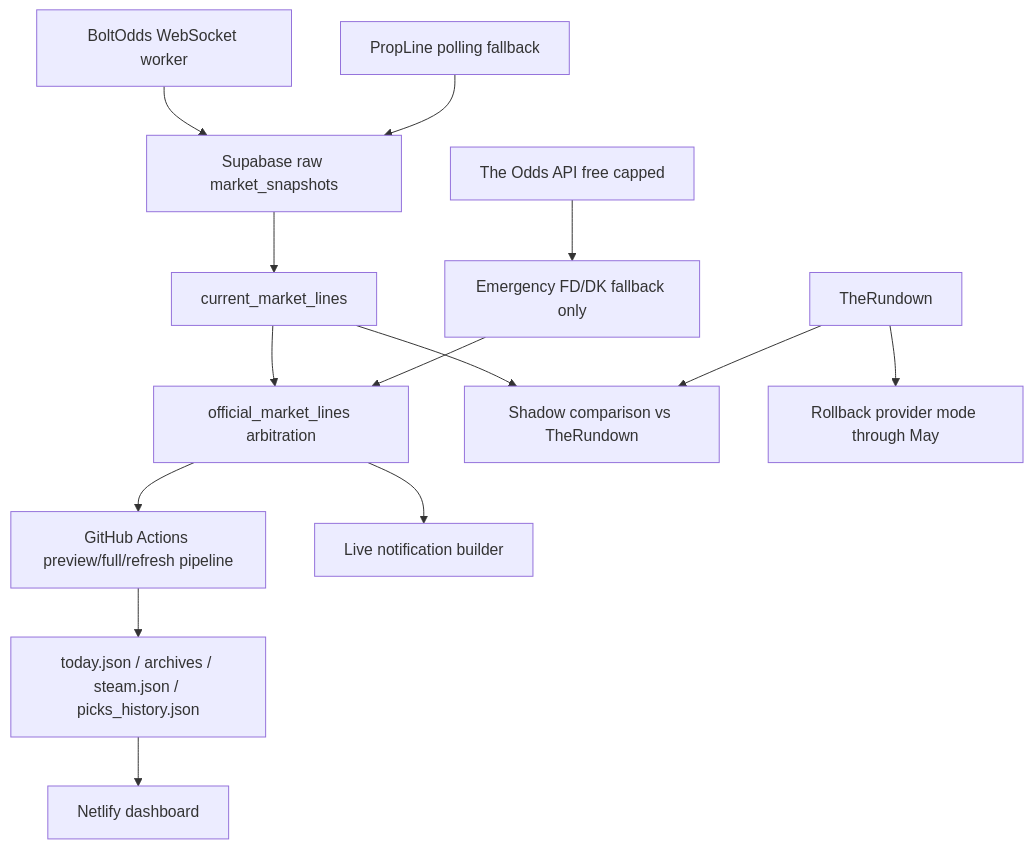
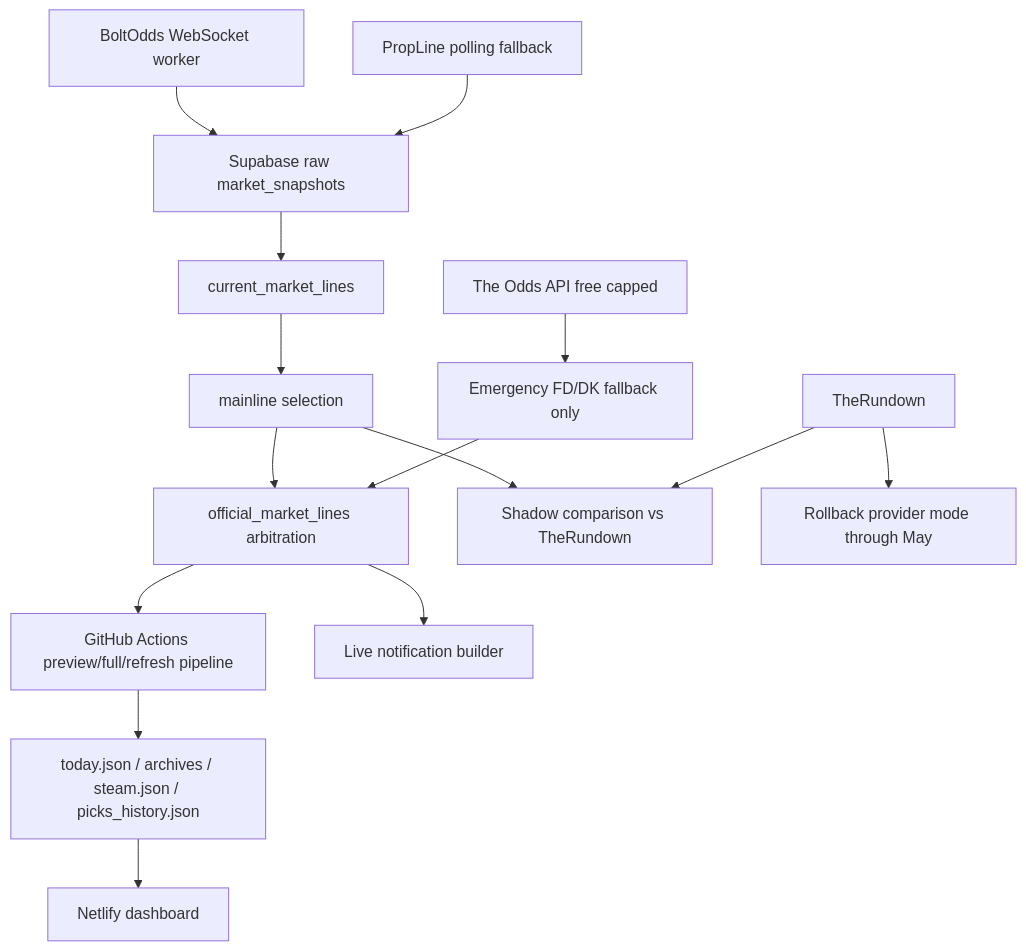
The diagram in docs/superpowers/plans/2026-05-13-boltodds-propline-official-provider-cutover.md (treidjbi/BaseballbettingEdge), drawn with Mermaid before and after one commit. The commit also changed other lines of this file, not shown here.

Commit message:
Document mainline selector in provider cutover plan

````diff
--- a/docs/superpowers/plans/2026-05-13-boltodds-propline-official-provider-cutover.md
+++ b/docs/superpowers/plans/2026-05-13-boltodds-propline-official-provider-cutover.md
@@ -171,16 +176,17 @@
 ```mermaid
 flowchart TD
   BO["BoltOdds WebSocket worker"] --> RAW["Supabase raw market_snapshots"]
   PL["PropLine polling fallback"] --> RAW
   RAW --> CUR["current_market_lines"]
-  CUR --> ARB["official_market_lines arbitration"]
+  CUR --> MAIN["mainline selection"]
+  MAIN --> ARB["official_market_lines arbitration"]
   ARB --> PIPE["GitHub Actions preview/full/refresh pipeline"]
   PIPE --> ART["today.json / archives / steam.json / picks_history.json"]
   ART --> NET["Netlify dashboard"]
   ARB --> LIVE["Live notification builder"]
-  CUR --> AUDIT["Shadow comparison vs TheRundown"]
+  MAIN --> AUDIT["Shadow comparison vs TheRundown"]
   TR["TheRundown"] --> AUDIT
   TR --> ROLL["Rollback provider mode through May"]
   ODDS["The Odds API free capped"] --> EMERG["Emergency FD/DK fallback only"]
   EMERG --> ARB
 ```
````
